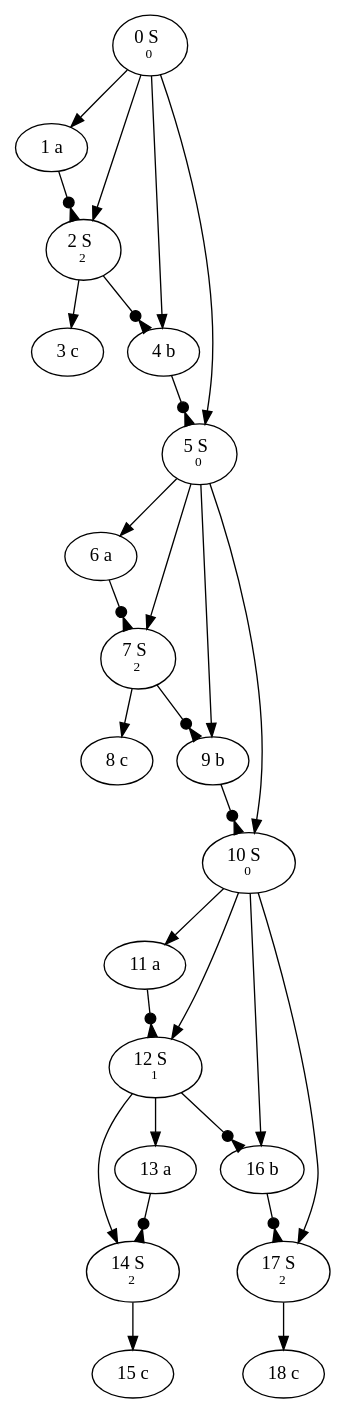
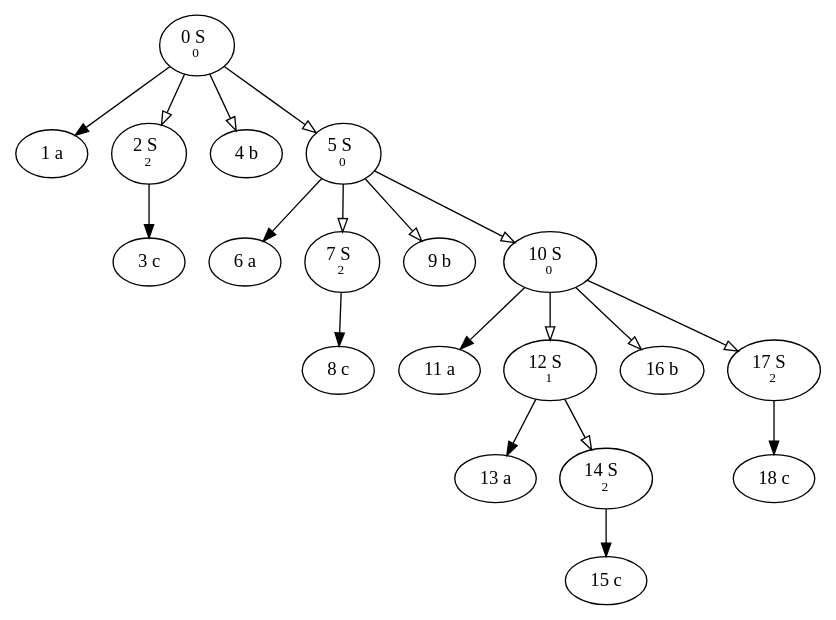
One commit to sweethuman/flcd changed the diagram in myparser/g1.gv. Above: the diagram before and after it, drawn with Graphviz. The commit also changed 11 other files, not shown here.

```diff
--- a/myparser/g1.gv
+++ b/myparser/g1.gv
@@ -1,49 +1,39 @@
-digraph G {
-0[label=<0 S<BR /><FONT POINT-SIZE="10">0</FONT>>]
-1 [label="1 a"]
-0 -> 1
-1 -> 2 [arrowhead="invdot"]
-2[label=<2 S<BR /><FONT POINT-SIZE="10">2</FONT>>]
-0 -> 2
-2 -> 4 [arrowhead="invdot"]
-3 [label="3 c"]
-2 -> 3
-4 [label="4 b"]
-0 -> 4
-4 -> 5 [arrowhead="invdot"]
-5[label=<5 S<BR /><FONT POINT-SIZE="10">0</FONT>>]
-0 -> 5
-6 [label="6 a"]
-5 -> 6
-6 -> 7 [arrowhead="invdot"]
-7[label=<7 S<BR /><FONT POINT-SIZE="10">2</FONT>>]
-5 -> 7
-7 -> 9 [arrowhead="invdot"]
-8 [label="8 c"]
-7 -> 8
-9 [label="9 b"]
-5 -> 9
-9 -> 10 [arrowhead="invdot"]
-10[label=<10 S<BR /><FONT POINT-SIZE="10">0</FONT>>]
-5 -> 10
-11 [label="11 a"]
-10 -> 11
-11 -> 12 [arrowhead="invdot"]
-12[label=<12 S<BR /><FONT POINT-SIZE="10">1</FONT>>]
-10 -> 12
-12 -> 16 [arrowhead="invdot"]
-13 [label="13 a"]
-12 -> 13
-13 -> 14 [arrowhead="invdot"]
-14[label=<14 S<BR /><FONT POINT-SIZE="10">2</FONT>>]
-12 -> 14
-15 [label="15 c"]
-14 -> 15
-16 [label="16 b"]
-10 -> 16
-16 -> 17 [arrowhead="invdot"]
-17[label=<17 S<BR /><FONT POINT-SIZE="10">2</FONT>>]
-10 -> 17
-18 [label="18 c"]
-17 -> 18
+digraph {
+	0 [label=<0 S<BR /><FONT POINT-SIZE="10">0</FONT>>]
+	1 [label="1 a"]
+	0 -> 1
+	2 [label=<2 S<BR /><FONT POINT-SIZE="10">2</FONT>>]
+	0 -> 2 [arrowhead=empty]
+	3 [label="3 c"]
+	2 -> 3
+	4 [label="4 b"]
+	0 -> 4 [arrowhead=empty]
+	5 [label=<5 S<BR /><FONT POINT-SIZE="10">0</FONT>>]
+	0 -> 5 [arrowhead=empty]
+	6 [label="6 a"]
+	5 -> 6
+	7 [label=<7 S<BR /><FONT POINT-SIZE="10">2</FONT>>]
+	5 -> 7 [arrowhead=empty]
+	8 [label="8 c"]
+	7 -> 8
+	9 [label="9 b"]
+	5 -> 9 [arrowhead=empty]
+	10 [label=<10 S<BR /><FONT POINT-SIZE="10">0</FONT>>]
+	5 -> 10 [arrowhead=empty]
+	11 [label="11 a"]
+	10 -> 11
+	12 [label=<12 S<BR /><FONT POINT-SIZE="10">1</FONT>>]
+	10 -> 12 [arrowhead=empty]
+	13 [label="13 a"]
+	12 -> 13
+	14 [label=<14 S<BR /><FONT POINT-SIZE="10">2</FONT>>]
+	12 -> 14 [arrowhead=empty]
+	15 [label="15 c"]
+	14 -> 15
+	16 [label="16 b"]
+	10 -> 16 [arrowhead=empty]
+	17 [label=<17 S<BR /><FONT POINT-SIZE="10">2</FONT>>]
+	10 -> 17 [arrowhead=empty]
+	18 [label="18 c"]
+	17 -> 18
 }
```
